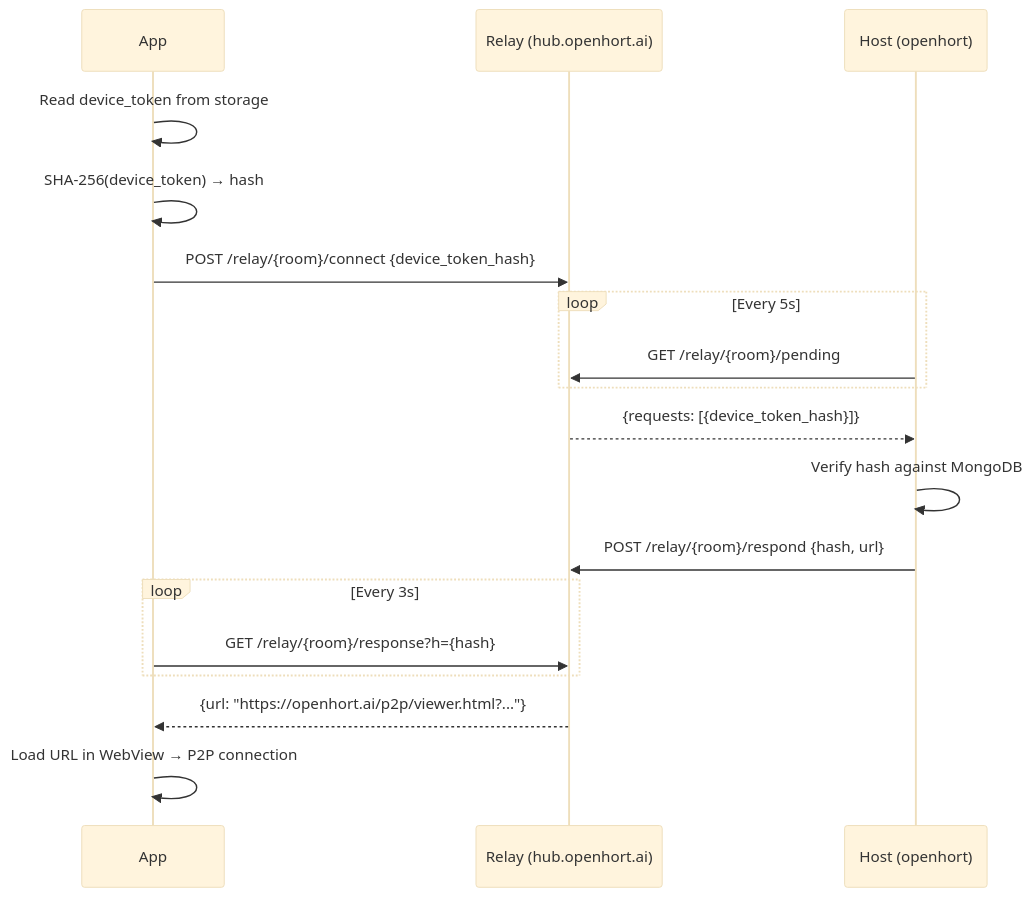
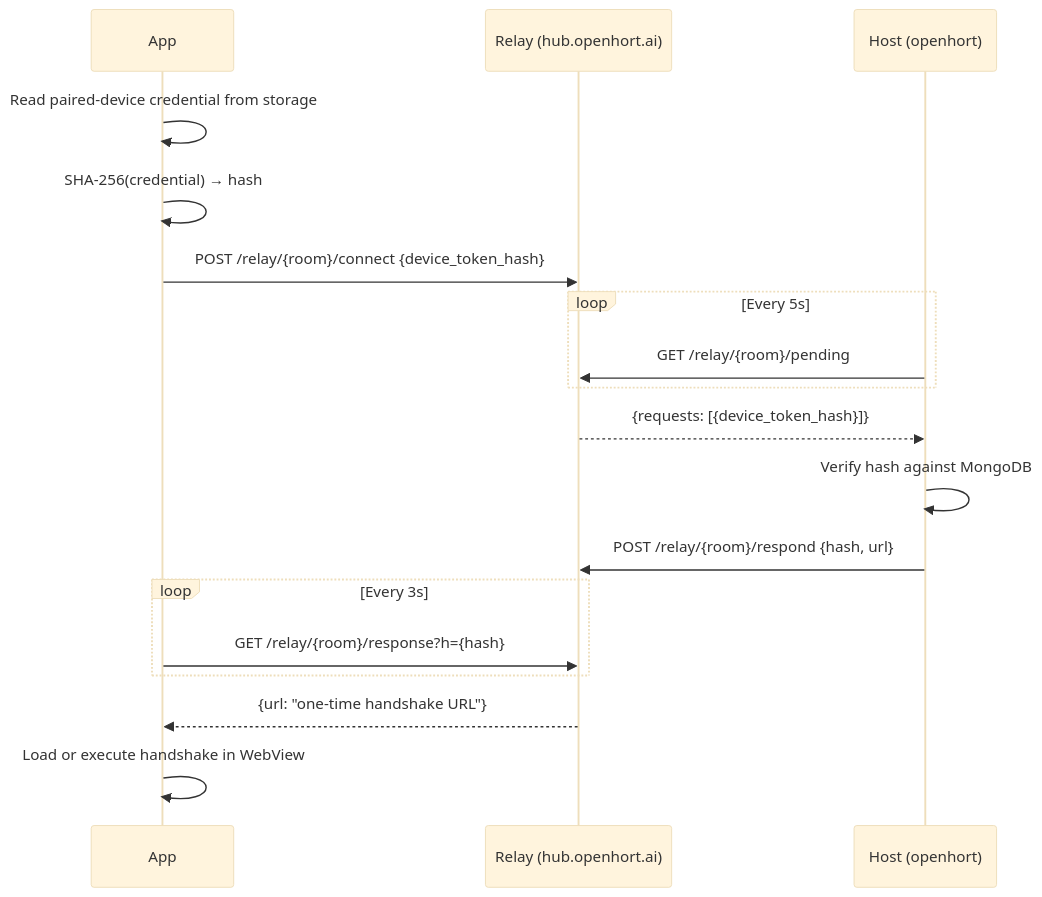
Before and after one commit to openhort/openhort: the second of 2 diagrams in docs/manual/develop/client-apps.md, drawn with Mermaid (base theme). The commit also changed other lines of this file and 41 other files, not shown here.

````diff
--- a/docs/manual/develop/client-apps.md
+++ b/docs/manual/develop/client-apps.md
@@ -216,21 +275,21 @@
 ```mermaid
 sequenceDiagram
     participant A as App
     participant R as Relay (hub.openhort.ai)
     participant H as Host (openhort)
 
-    A->>A: Read device_token from storage
-    A->>A: SHA-256(device_token) → hash
+    A->>A: Read paired-device credential from storage
+    A->>A: SHA-256(credential) → hash
     A->>R: POST /relay/{room}/connect {device_token_hash}
     loop Every 5s
         H->>R: GET /relay/{room}/pending
     end
     R-->>H: {requests: [{device_token_hash}]}
     H->>H: Verify hash against MongoDB
     H->>R: POST /relay/{room}/respond {hash, url}
     loop Every 3s
         A->>R: GET /relay/{room}/response?h={hash}
     end
-    R-->>A: {url: "https://openhort.ai/p2p/viewer.html?..."}
-    A->>A: Load URL in WebView → P2P connection
+    R-->>A: {url: "one-time handshake URL"}
+    A->>A: Load or execute handshake in WebView
 ```
````
